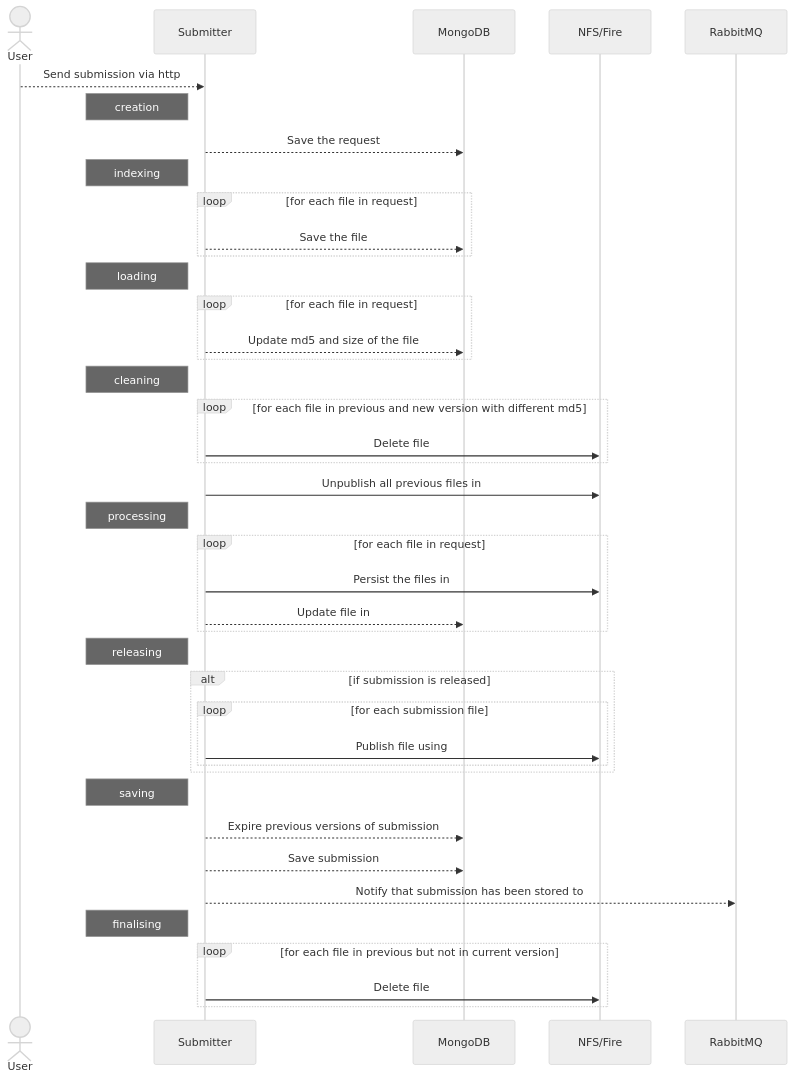
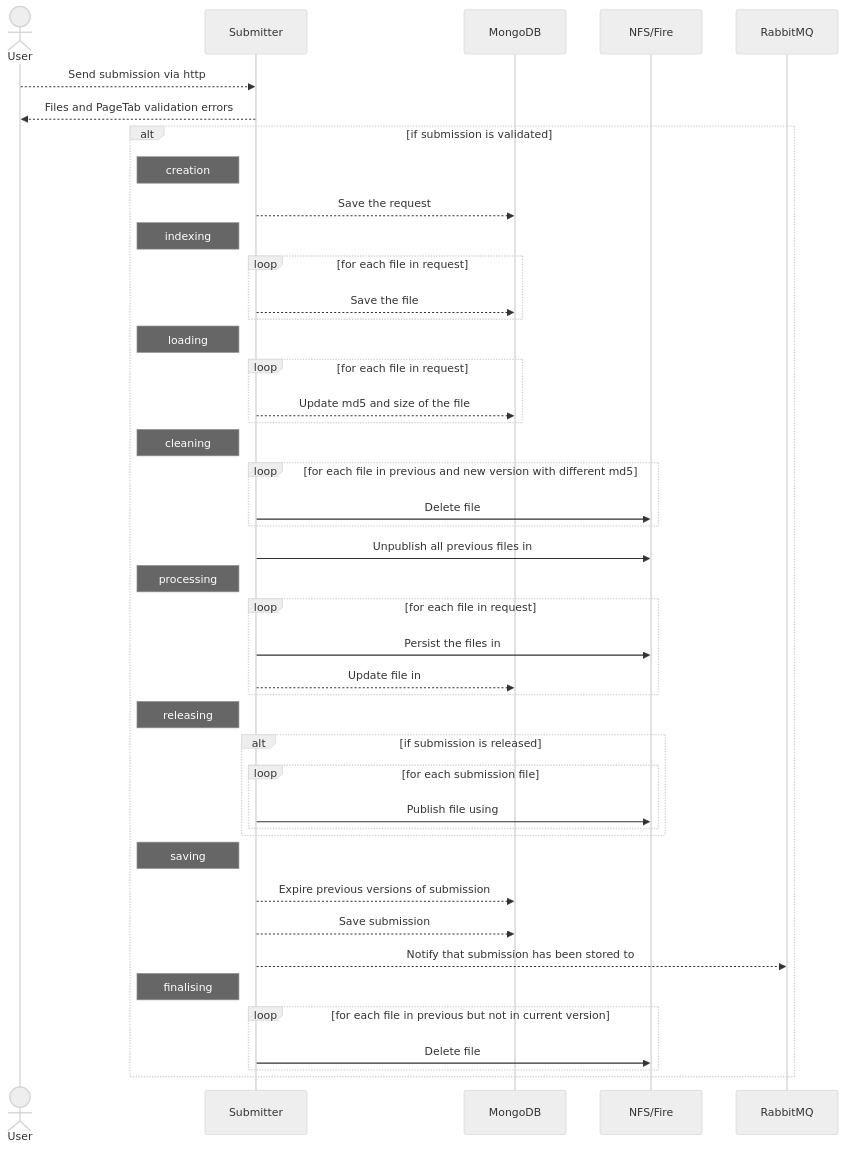
Before and after one commit to EBIBioStudies/biostudies-backend-services: the diagram in docs/flow/persistenceFlow.md, drawn with Mermaid.

Commit message:
code review changes

````diff
--- a/docs/flow/persistenceFlow.md
+++ b/docs/flow/persistenceFlow.md
@@ -3,68 +3,74 @@
 ```mermaid
 sequenceDiagram
     %%{init: { 'theme':'neutral', 'sequence': {'useMaxWidth':false} } }%%
     actor person as User
     participant submitter as Submitter
     participant db as MongoDB
     participant store as NFS/Fire
     participant rabbit as RabbitMQ
 
     %% send http request
     person-->>submitter: Send submission via http
+    submitter-->>person: Files and PageTab validation errors
+
+    alt if submission is validated
+
 
     %% create request
     Note left of submitter:creation
     submitter-->>db: Save the request 
     
     
     %% index request
     Note left of submitter:indexing
     loop for each file in request 
         submitter-->>db: Save the file 
     end 
 
 
     %% load request
     Note left of submitter:loading
     loop for each file in request 
         submitter-->>db: Update md5 and size of the file
     end    
     
     %% clean request
     Note left of submitter:cleaning
     loop for each file in previous and new version with different md5
         submitter->>store: Delete file
     end 
     submitter->>store: Unpublish all previous files in
 
     
     %% process request
     Note left of submitter:processing
     loop for each file in request 
         submitter->>store: Persist the files in
         submitter-->>db: Update file in 
     end
        
     %% released 
     Note left of submitter:releasing    
     alt if submission is released
         loop for each submission file
             submitter->>store: Publish file using
         end
     end
     
     
     %% saving
     Note left of submitter:saving    
     submitter-->>db: Expire previous versions of submission
     submitter-->>db: Save submission
 
     %% notifications
     submitter-->>rabbit: Notify that submission has been stored to
     
     %% finalising
     Note left of submitter:finalising    
     loop for each file in previous but not in current version
         submitter->>store: Delete file
     end
+    
+    end
 ```
````
